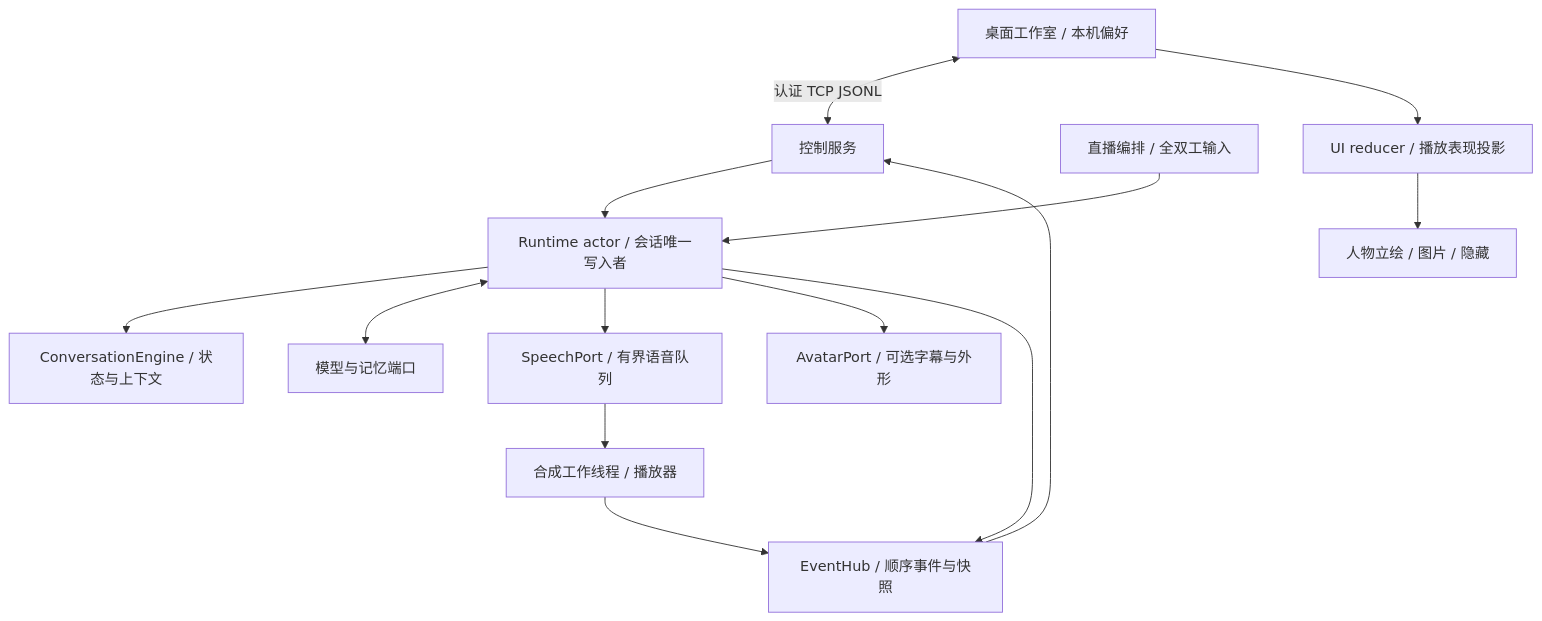
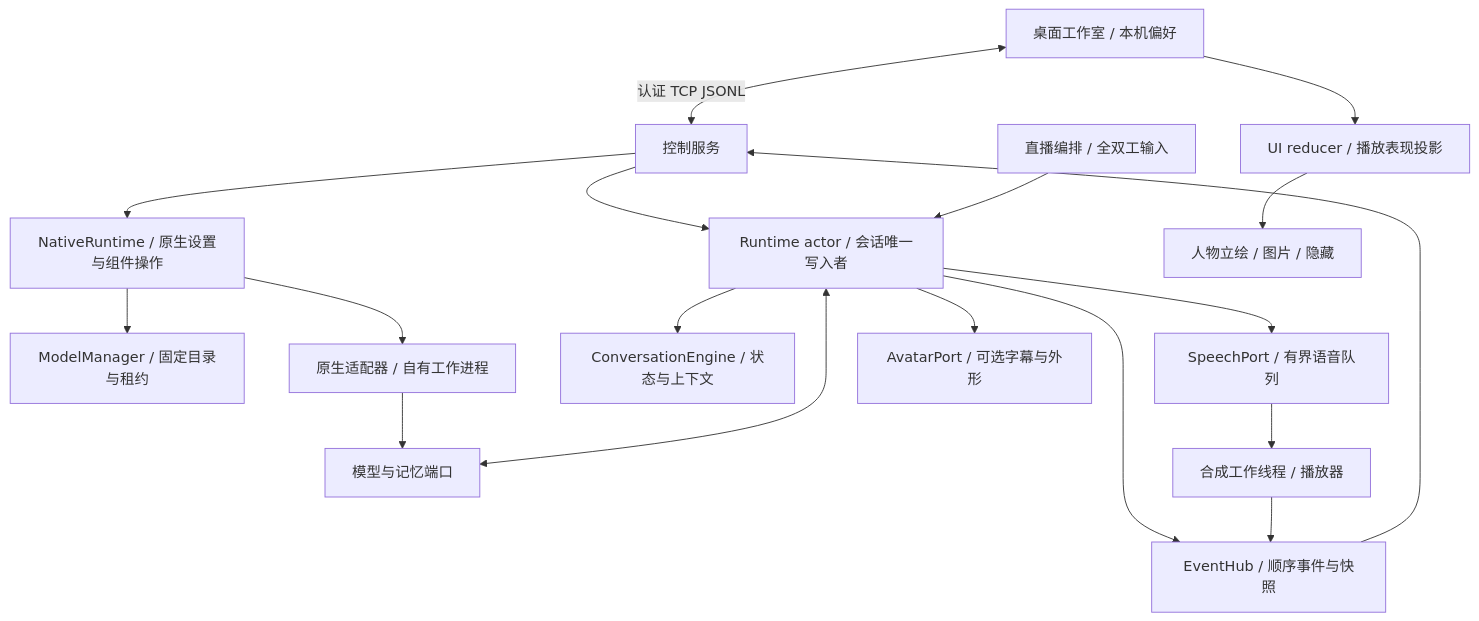
The first of 2 diagrams in docs/ARCHITECTURE.md (QwQBiG/AIex), drawn with Mermaid before and after one commit. The commit also changed other lines of this file and 703 other files, not shown here.

Commit message:
Add native model setup and local voice workflows

````diff
--- a/docs/ARCHITECTURE.md
+++ b/docs/ARCHITECTURE.md
@@ -9,16 +9,20 @@
 ```mermaid
 flowchart TB
     UI[桌面工作室 / 本机偏好] <-->|认证 TCP JSONL| Control[控制服务]
     Control --> Runtime[Runtime actor / 会话唯一写入者]
+    Control --> Native[NativeRuntime / 原生设置与组件操作]
+    Native --> Manager[ModelManager / 固定目录与租约]
+    Native --> Pool[原生适配器 / 自有工作进程]
+    Pool --> Ports
     Live[直播编排 / 全双工输入] --> Runtime
     Runtime --> Engine[ConversationEngine / 状态与上下文]
     Runtime <--> Ports[模型与记忆端口]
     Runtime --> Queue[SpeechPort / 有界语音队列]
     Runtime --> Avatar[AvatarPort / 可选字幕与外形]
     Queue --> Worker[合成工作线程 / 播放器]
     Runtime --> Hub[EventHub / 顺序事件与快照]
     Worker --> Hub
     Hub --> Control
     UI --> Projection[UI reducer / 播放表现投影]
     Projection --> Body[人物立绘 / 图片 / 隐藏]
 ```
````
